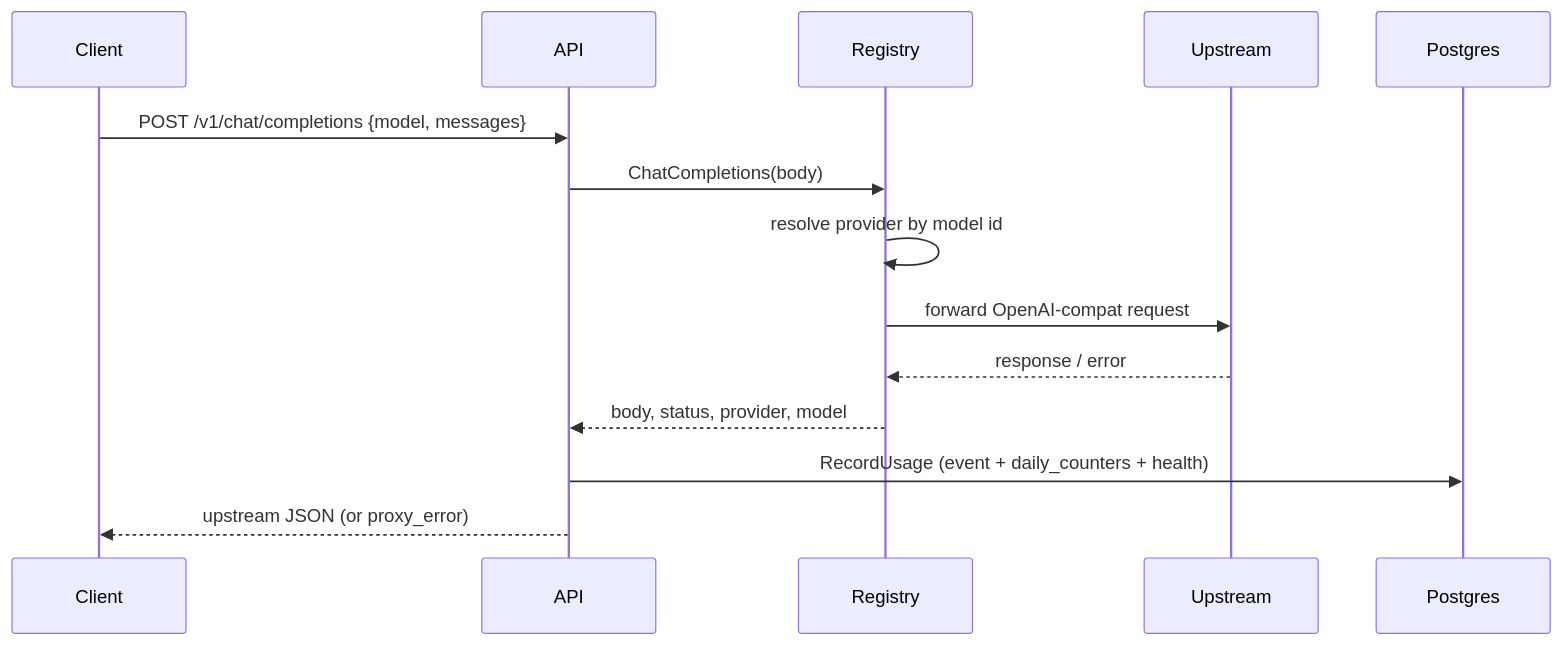
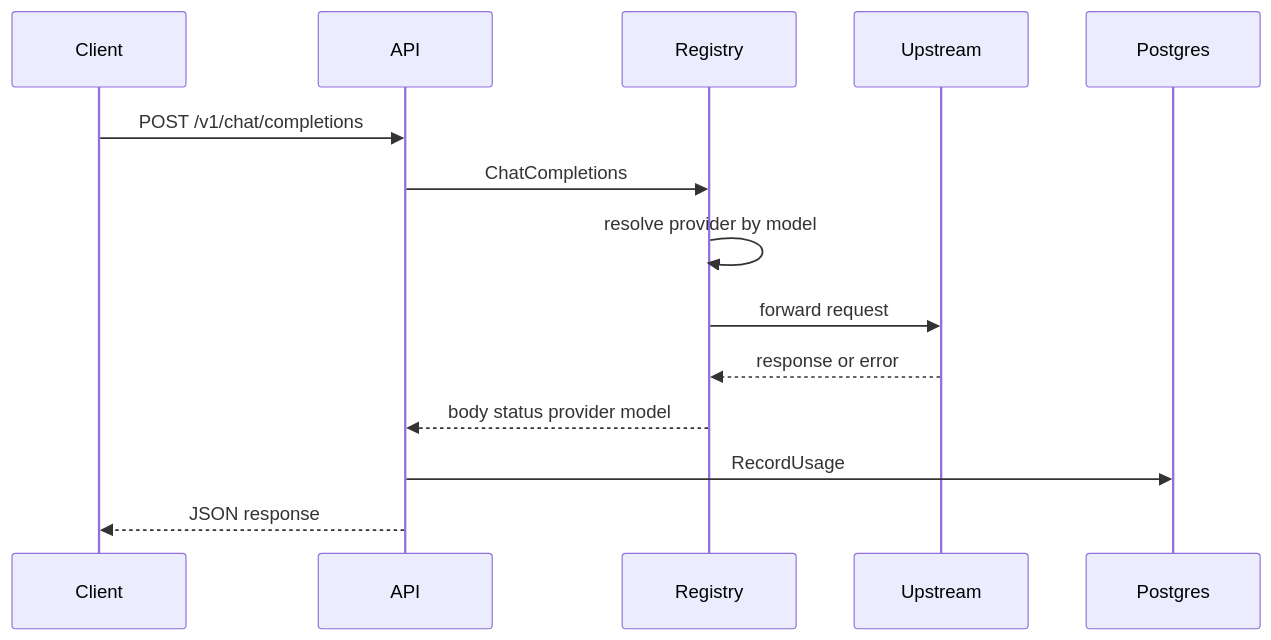
Before and after one commit to DaniilPodruchnyMgtuIu6/llm-proxy: the fourth of 10 diagrams in docs/architecture.md, drawn with Mermaid. The commit also changed other lines of this file and 4 other files, not shown here.

Commit message:
Add Mermaid architecture viewer at /architecture.

````diff
--- a/docs/architecture.md
+++ b/docs/architecture.md
@@ -95,17 +99,17 @@
 ```mermaid
 sequenceDiagram
   participant C as Client
   participant A as API
   participant R as Registry
   participant U as Upstream
   participant S as Postgres
 
-  C->>A: POST /v1/chat/completions {model, messages}
-  A->>R: ChatCompletions(body)
-  R->>R: resolve provider by model id
-  R->>U: forward OpenAI-compat request
-  U-->>R: response / error
-  R-->>A: body, status, provider, model
-  A->>S: RecordUsage (event + daily_counters + health)
-  A-->>C: upstream JSON (or proxy_error)
+  C->>A: POST /v1/chat/completions
+  A->>R: ChatCompletions
+  R->>R: resolve provider by model
+  R->>U: forward request
+  U-->>R: response or error
+  R-->>A: body status provider model
+  A->>S: RecordUsage
+  A-->>C: JSON response
 ```
````
